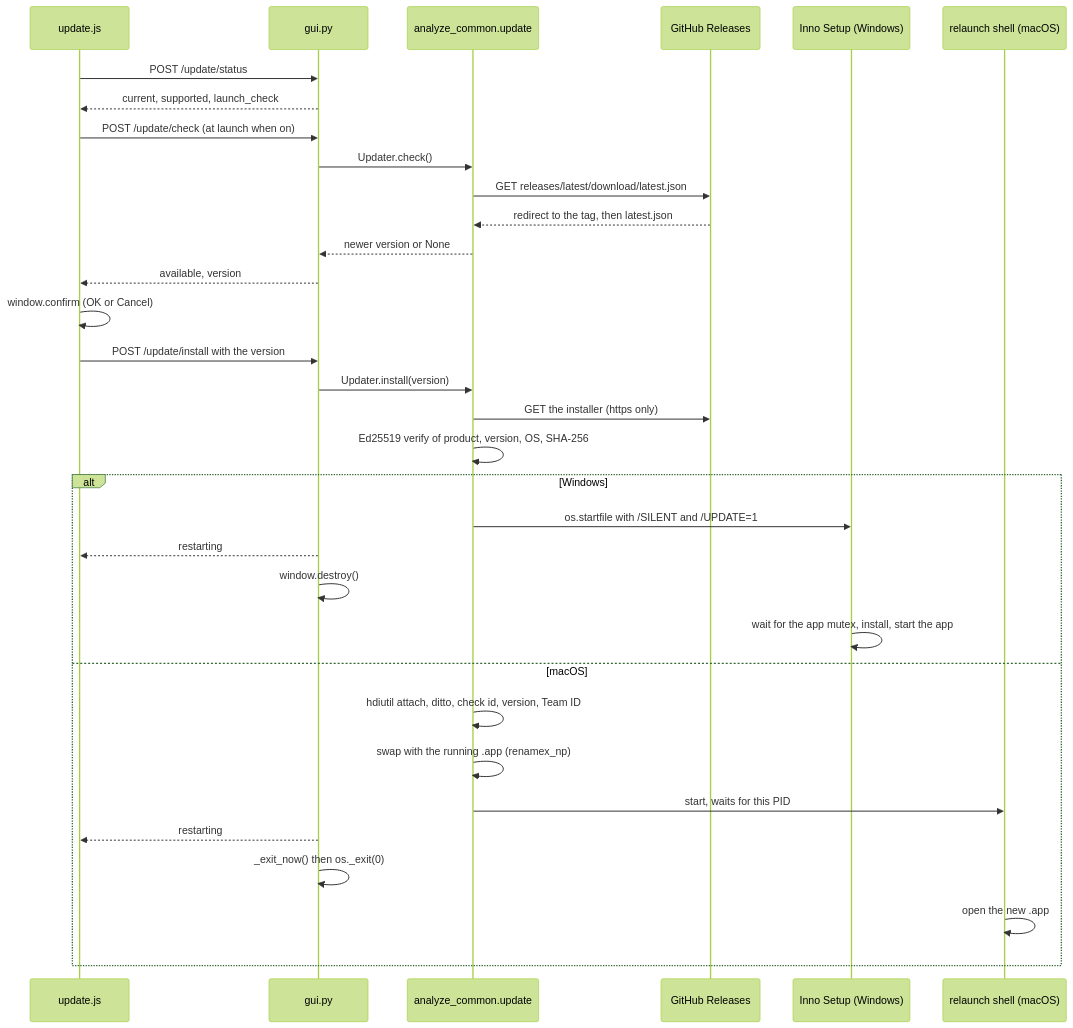
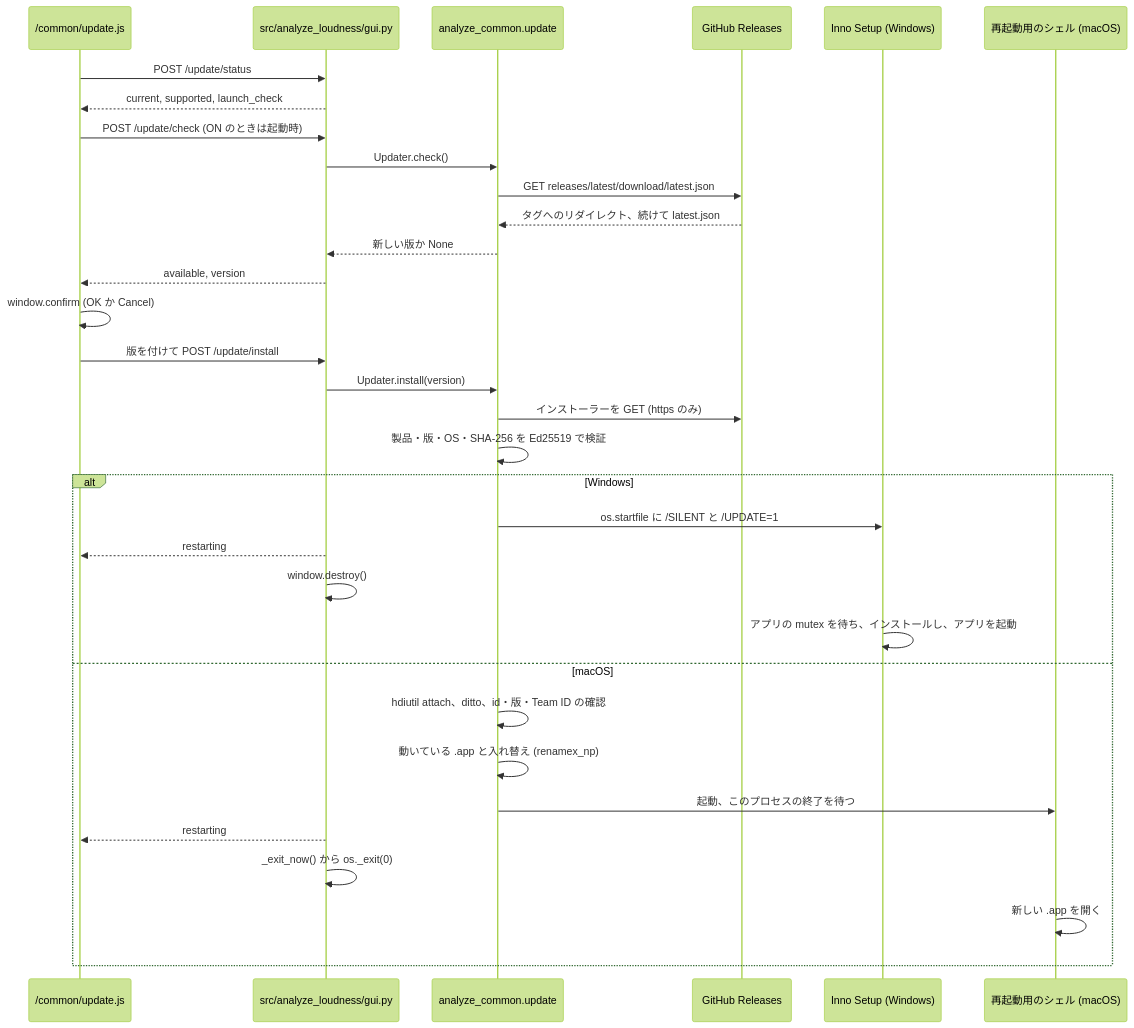
One commit to semnil/analyze-loudness changed the fourth of 4 diagrams in docs/architecture.ja.md. Above: the diagram before and after it, drawn with Mermaid (forest theme). The commit also changed other lines of this file and 7 other files, not shown here.

````diff
--- a/docs/architecture.ja.md
+++ b/docs/architecture.ja.md
@@ -256,35 +192,35 @@
 ```mermaid
 sequenceDiagram
-    participant UI as update.js
-    participant S as gui.py
+    participant UI as /common/update.js
+    participant S as src/analyze_loudness/gui.py
     participant U as analyze_common.update
     participant GH as GitHub Releases
     participant Setup as Inno Setup (Windows)
-    participant Sh as relaunch shell (macOS)
+    participant Sh as 再起動用のシェル (macOS)
     UI->>S: POST /update/status
     S-->>UI: current, supported, launch_check
-    UI->>S: POST /update/check (at launch when on)
+    UI->>S: POST /update/check (ON のときは起動時)
     S->>U: Updater.check()
     U->>GH: GET releases/latest/download/latest.json
-    GH-->>U: redirect to the tag, then latest.json
-    U-->>S: newer version or None
+    GH-->>U: タグへのリダイレクト、続けて latest.json
+    U-->>S: 新しい版か None
     S-->>UI: available, version
-    UI->>UI: window.confirm (OK or Cancel)
-    UI->>S: POST /update/install with the version
+    UI->>UI: window.confirm (OK か Cancel)
+    UI->>S: 版を付けて POST /update/install
     S->>U: Updater.install(version)
-    U->>GH: GET the installer (https only)
-    U->>U: Ed25519 verify of product, version, OS, SHA-256
+    U->>GH: インストーラーを GET (https のみ)
+    U->>U: 製品・版・OS・SHA-256 を Ed25519 で検証
     alt Windows
-        U->>Setup: os.startfile with /SILENT and /UPDATE=1
+        U->>Setup: os.startfile に /SILENT と /UPDATE=1
         S-->>UI: restarting
         S->>S: window.destroy()
-        Setup->>Setup: wait for the app mutex, install, start the app
+        Setup->>Setup: アプリの mutex を待ち、インストールし、アプリを起動
     else macOS
-        U->>U: hdiutil attach, ditto, check id, version, Team ID
-        U->>U: swap with the running .app (renamex_np)
-        U->>Sh: start, waits for this PID
+        U->>U: hdiutil attach、ditto、id・版・Team ID の確認
+        U->>U: 動いている .app と入れ替え (renamex_np)
+        U->>Sh: 起動、このプロセスの終了を待つ
         S-->>UI: restarting
-        S->>S: _exit_now() then os._exit(0)
-        Sh->>Sh: open the new .app
+        S->>S: _exit_now() から os._exit(0)
+        Sh->>Sh: 新しい .app を開く
     end
 ```
````
